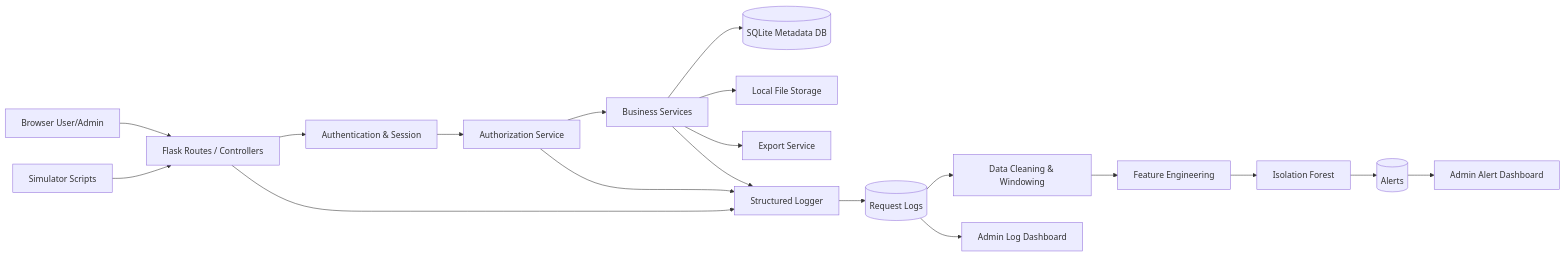
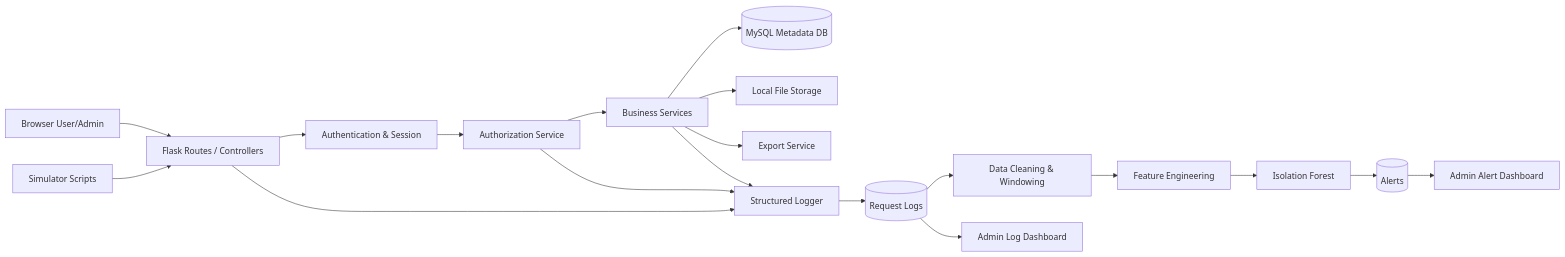
One commit to tzaan-sc/web-anomaly-detection- changed the first of 3 diagrams in docs/architecture.md. Above: the diagram before and after it, drawn with Mermaid. The commit also changed other lines of this file and 3 other files, not shown here.

````diff
--- a/docs/architecture.md
+++ b/docs/architecture.md
@@ -5,26 +5,26 @@
 ```mermaid
 flowchart LR
     A[Browser User/Admin] --> B[Flask Routes / Controllers]
     S[Simulator Scripts] --> B
 
     B --> C[Authentication & Session]
     C --> D[Authorization Service]
     D --> E[Business Services]
 
-    E --> F[(SQLite Metadata DB)]
+    E --> F[(MySQL Metadata DB)]
     E --> G[Local File Storage]
     E --> H[Export Service]
 
     B --> I[Structured Logger]
     D --> I
     E --> I
     I --> J[(Request Logs)]
 
     J --> K[Data Cleaning & Windowing]
     K --> L[Feature Engineering]
     L --> M[Isolation Forest]
     M --> N[(Alerts)]
 
     N --> O[Admin Alert Dashboard]
     J --> P[Admin Log Dashboard]
 ```
````
